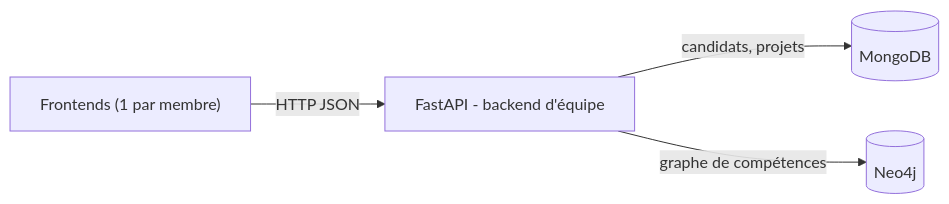
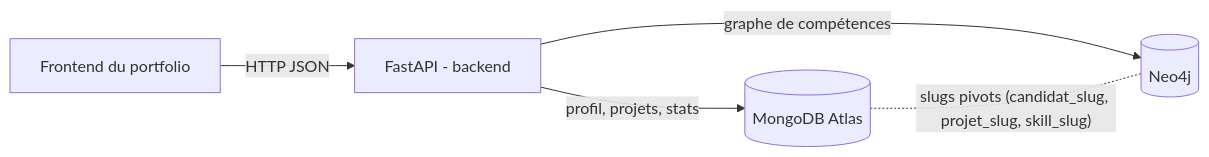
One commit to Bibou172/Portfolio_blackhat_Beleive changed the first of 2 diagrams in ARCHITECTURE.md. Above: the diagram before and after it, drawn with Mermaid. The commit also changed other lines of this file, not shown here.

Commit message:
docs: Architecture portfolio vf

````diff
--- a/ARCHITECTURE.md
+++ b/ARCHITECTURE.md
@@ -16,7 +12,7 @@
 ```mermaid
 flowchart LR
-    F["Frontends (1 par membre)"] -->|HTTP JSON| API["FastAPI - backend d'équipe"]
-    API -->|"candidats, projets"| M[("MongoDB")]
+    F["Frontend du portfolio"] -->|"HTTP JSON"| API["FastAPI - backend"]
+    API -->|"profil, projets, stats"| M[("MongoDB Atlas")]
     API -->|"graphe de compétences"| N[("Neo4j")]
-    %% TODO : complétez / corrigez ce sc
+    M -. "slugs pivots (candidat_slug, projet_slug, skill_slug)" .- N
 ```
````
